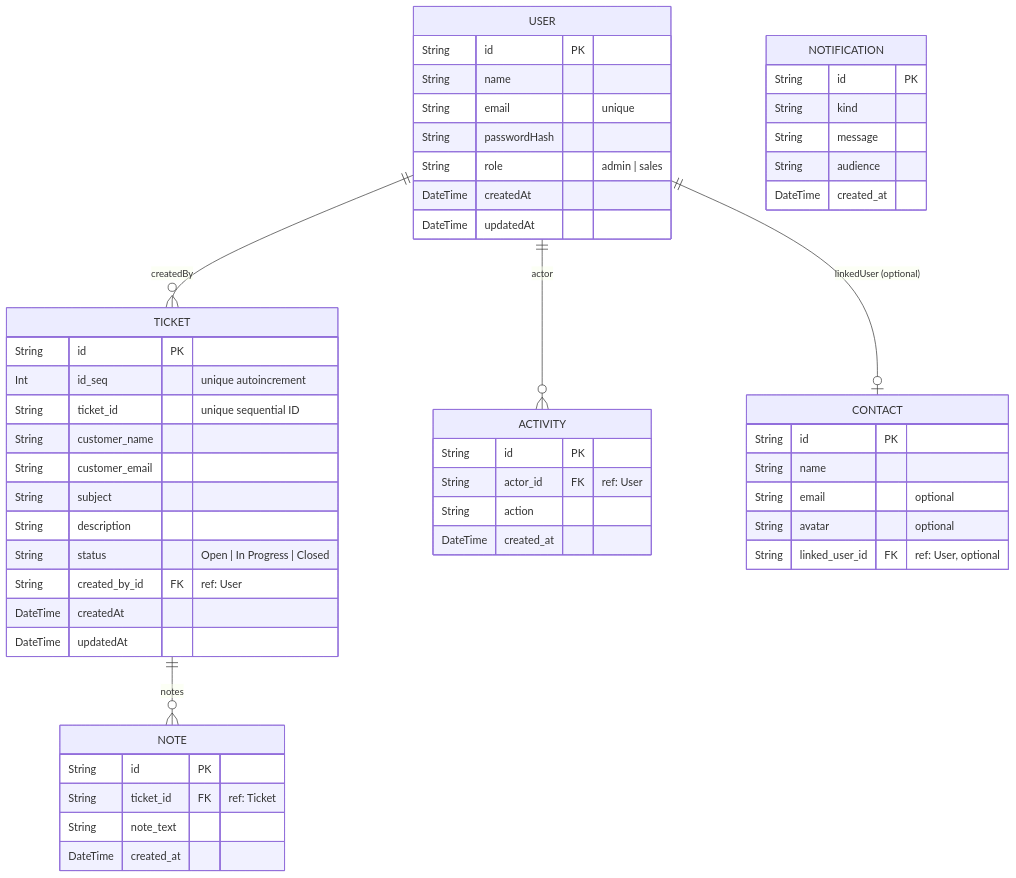
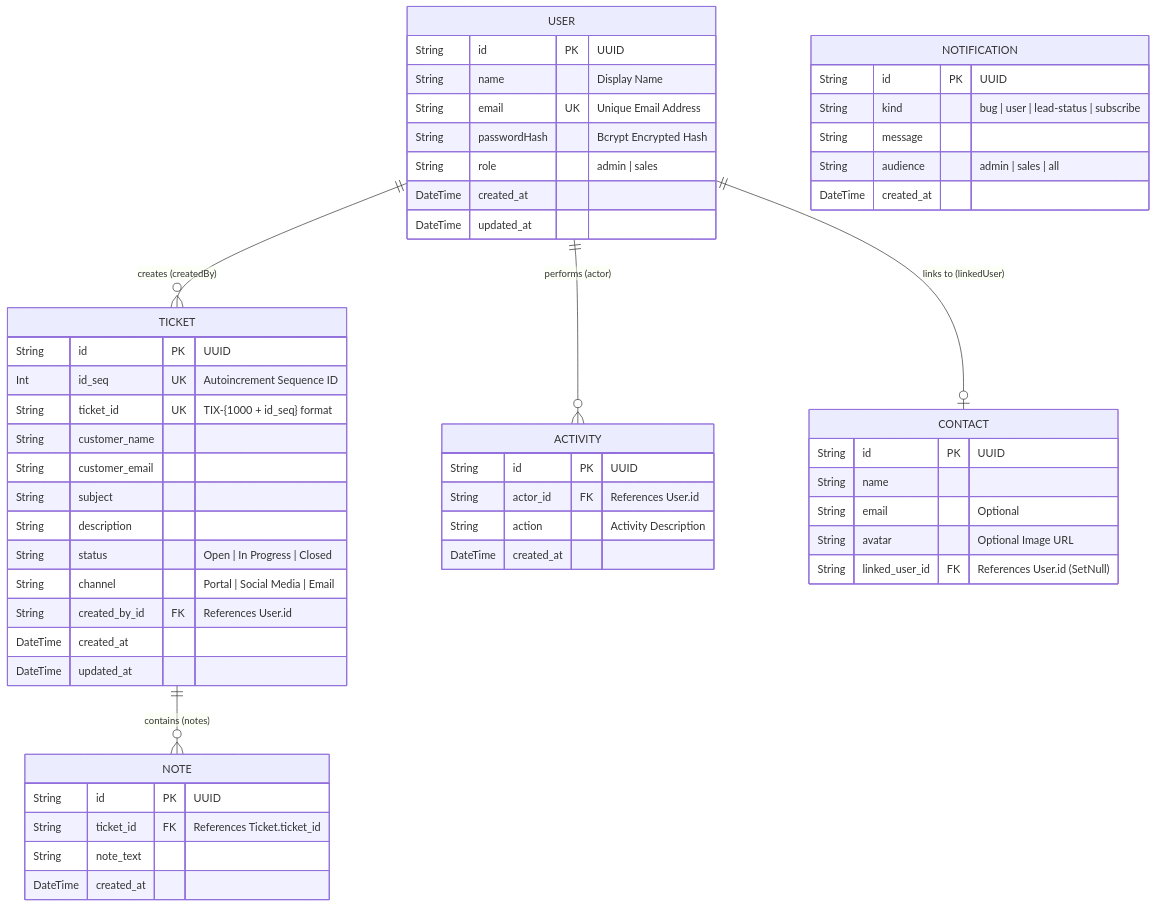
The sixth of 6 diagrams in ARCHITECTURE.md (aaditya09750/Tixora), drawn with Mermaid before and after one commit. The commit also changed other lines of this file and 5 other files, not shown here.

````diff
--- a/ARCHITECTURE.md
+++ b/ARCHITECTURE.md
@@ -149,61 +193,62 @@
 ```mermaid
 erDiagram
-  USER ||--o{ TICKET : "createdBy"
-  USER ||--o{ ACTIVITY : "actor"
-  USER ||--o| CONTACT : "linkedUser (optional)"
-  TICKET ||--o{ NOTE : "notes"
+  USER ||--o{ TICKET : "creates (createdBy)"
+  USER ||--o{ ACTIVITY : "performs (actor)"
+  USER ||--o| CONTACT : "links to (linkedUser)"
+  TICKET ||--o{ NOTE : "contains (notes)"
 
   USER {
-    String id PK
-    String name
-    String email "unique"
-    String passwordHash
+    String id PK "UUID"
+    String name "Display Name"
+    String email UK "Unique Email Address"
+    String passwordHash "Bcrypt Encrypted Hash"
     String role "admin | sales"
-    DateTime createdAt
-    DateTime updatedAt
+    DateTime created_at
+    DateTime updated_at
   }
 
   TICKET {
-    String id PK
-    Int id_seq "unique autoincrement"
-    String ticket_id "unique sequential ID"
+    String id PK "UUID"
+    Int id_seq UK "Autoincrement Sequence ID"
+    String ticket_id UK "TIX-{1000 + id_seq} format"
     String customer_name
     String customer_email
     String subject
     String description
     String status "Open | In Progress | Closed"
-    String created_by_id FK "ref: User"
-    DateTime createdAt
-    DateTime updatedAt
+    String channel "Portal | Social Media | Email"
+    String created_by_id FK "References User.id"
+    DateTime created_at
+    DateTime updated_at
   }
 
   NOTE {
-    String id PK
-    String ticket_id FK "ref: Ticket"
+    String id PK "UUID"
+    String ticket_id FK "References Ticket.ticket_id"
     String note_text
     DateTime created_at
   }
 
   ACTIVITY {
-    String id PK
-    String actor_id FK "ref: User"
-    String action
+    String id PK "UUID"
+    String actor_id FK "References User.id"
+    String action "Activity Description"
     DateTime created_at
   }
 
   CONTACT {
-    String id PK
+    String id PK "UUID"
     String name
-    String email "optional"
-    String avatar "optional"
-    String linked_user_id FK "ref: User, optional"
+    String email "Optional"
+    String avatar "Optional Image URL"
+    String linked_user_id FK "References User.id (SetNull)"
   }
 
   NOTIFICATION {
-    String id PK
-    String kind
+    String id PK "UUID"
+    String kind "bug | user | lead-status | subscribe"
     String message
-    String audience
+    String audience "admin | sales | all"
     DateTime created_at
   }
 ```
````
